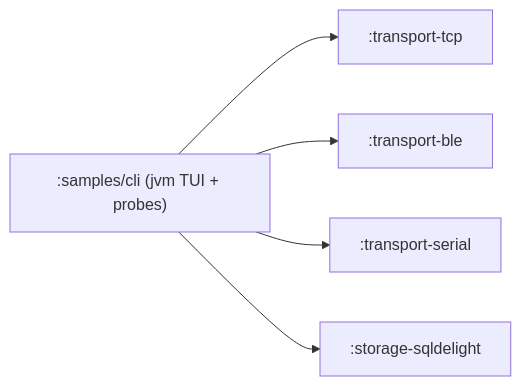
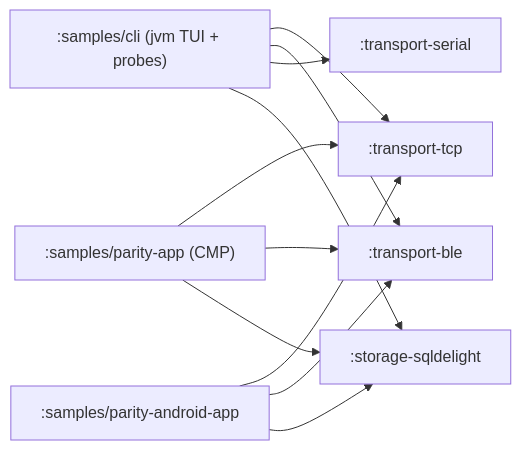
Before and after one commit to meshtastic/meshtastic-sdk: the second of 3 diagrams in docs/architecture/module-graph.md, drawn with Mermaid. The commit also changed other lines of this file and 6 other files, not shown here.

````diff
--- a/docs/architecture/module-graph.md
+++ b/docs/architecture/module-graph.md
@@ -76,7 +76,13 @@
 ```mermaid
 flowchart LR
     cli[":samples/cli (jvm TUI + probes)"] --> tcp[":transport-tcp"]
     cli --> ble[":transport-ble"]
     cli --> serial[":transport-serial"]
     cli --> sqlstore[":storage-sqldelight"]
+    parityApp[":samples/parity-app (CMP)"] --> tcp
+    parityApp --> ble
+    parityApp --> sqlstore
+    parityAndroid[":samples/parity-android-app"] --> tcp
+    parityAndroid --> ble
+    parityAndroid --> sqlstore
 ```
````
